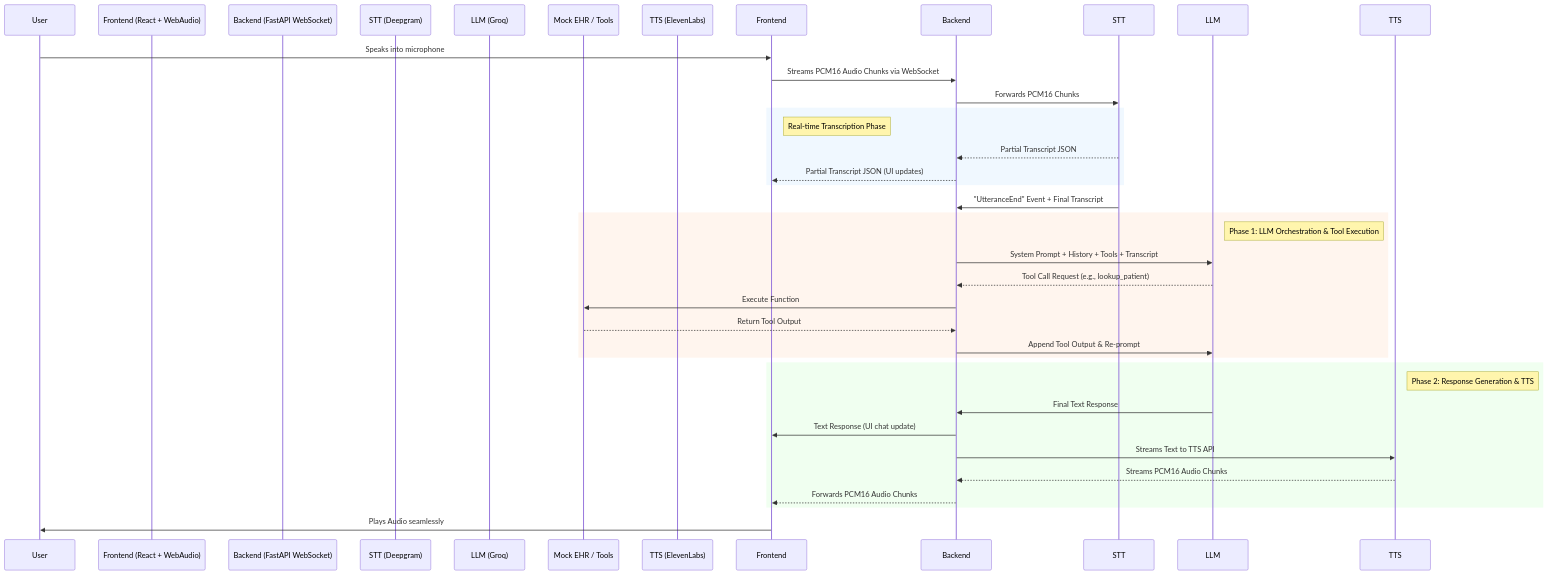
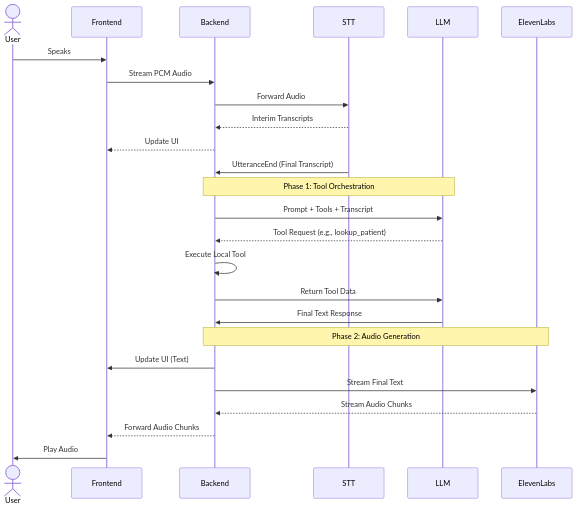
Before and after one commit to cuhs/voice-agent: the first of 2 diagrams in README.md, drawn with Mermaid.

Commit message:
fixed mermaid on README

````diff
--- a/README.md
+++ b/README.md
@@ -10,42 +10,31 @@
 ```mermaid
 sequenceDiagram
-    participant User
-    participant Frontend (React + WebAudio)
-    participant Backend (FastAPI WebSocket)
-    participant STT (Deepgram)
-    participant LLM (Groq)
-    participant DB as Mock EHR / Tools
-    participant TTS (ElevenLabs)
+    actor User
+    participant App as Frontend
+    participant API as Backend
+    participant Deepgram as STT
+    participant Groq as LLM
+    participant TTS as ElevenLabs
 
-    User->>Frontend: Speaks into microphone
-    Frontend->>Backend: Streams PCM16 Audio Chunks via WebSocket
-    Backend->>STT: Forwards PCM16 Chunks
+    User->>App: Speaks
+    App->>API: Stream PCM Audio
+    API->>Deepgram: Forward Audio
+    Deepgram-->>API: Interim Transcripts
+    API-->>App: Update UI
     
-    rect rgb(240, 248, 255)
-        Note right of Frontend: Real-time Transcription Phase
-        STT-->>Backend: Partial Transcript JSON
-        Backend-->>Frontend: Partial Transcript JSON (UI updates)
-    end
+    Deepgram->>API: UtteranceEnd (Final Transcript)
     
-    STT->>Backend: "UtteranceEnd" Event + Final Transcript
+    Note over API,Groq: Phase 1: Tool Orchestration
+    API->>Groq: Prompt + Tools + Transcript
+    Groq-->>API: Tool Request (e.g., lookup_patient)
+    API->>API: Execute Local Tool
+    API->>Groq: Return Tool Data
+    Groq->>API: Final Text Response
     
-    rect rgb(255, 245, 238)
-        Note right of LLM: Phase 1: LLM Orchestration & Tool Execution
-        Backend->>LLM: System Prompt + History + Tools + Transcript
-        LLM-->>Backend: Tool Call Request (e.g., lookup_patient)
-        Backend->>DB: Execute Function
-        DB-->>Backend: Return Tool Output
-        Backend->>LLM: Append Tool Output & Re-prompt
-    end
-    
-    rect rgb(240, 255, 240)
-        Note right of TTS: Phase 2: Response Generation & TTS
-        LLM->>Backend: Final Text Response
-        Backend->>Frontend: Text Response (UI chat update)
-        Backend->>TTS: Streams Text to TTS API
-        TTS-->>Backend: Streams PCM16 Audio Chunks
-        Backend-->>Frontend: Forwards PCM16 Audio Chunks
-    end
-    
-    Frontend->>User: Plays Audio seamlessly
+    Note over API,TTS: Phase 2: Audio Generation
+    API->>App: Update UI (Text)
+    API->>TTS: Stream Final Text
+    TTS-->>API: Stream Audio Chunks
+    API-->>App: Forward Audio Chunks
+    App->>User: Play Audio
 ```
````
